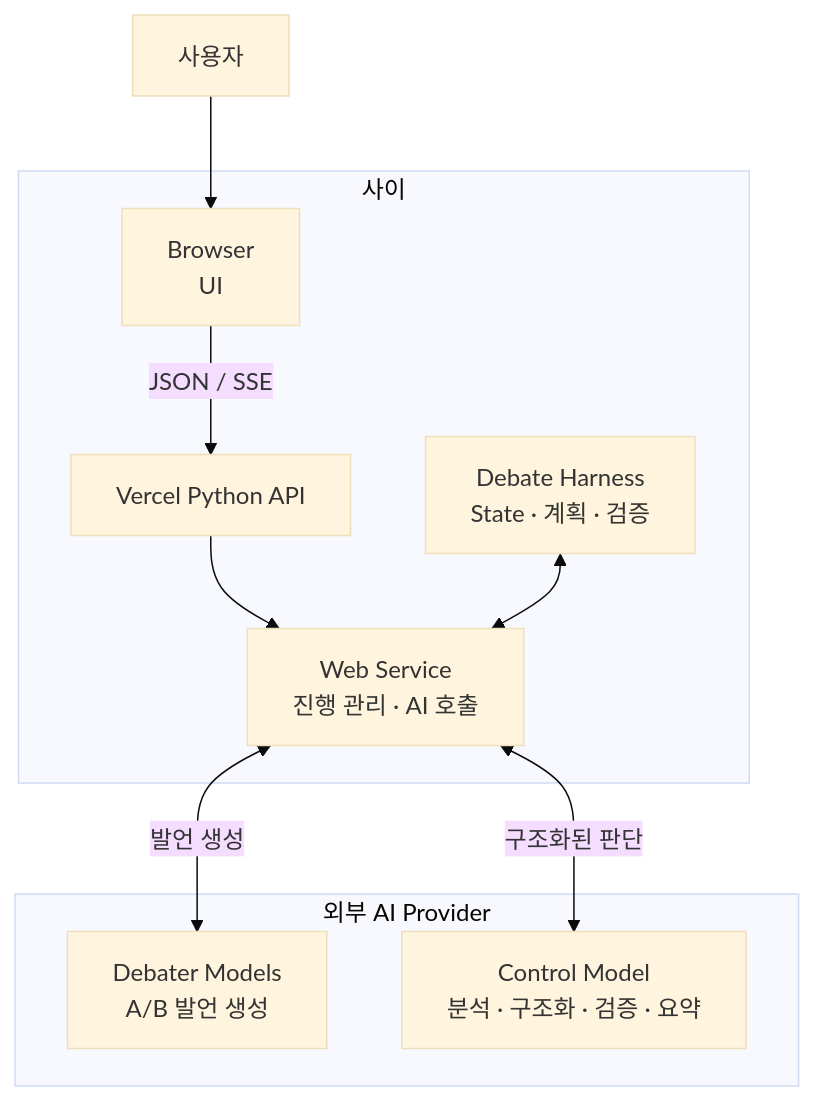
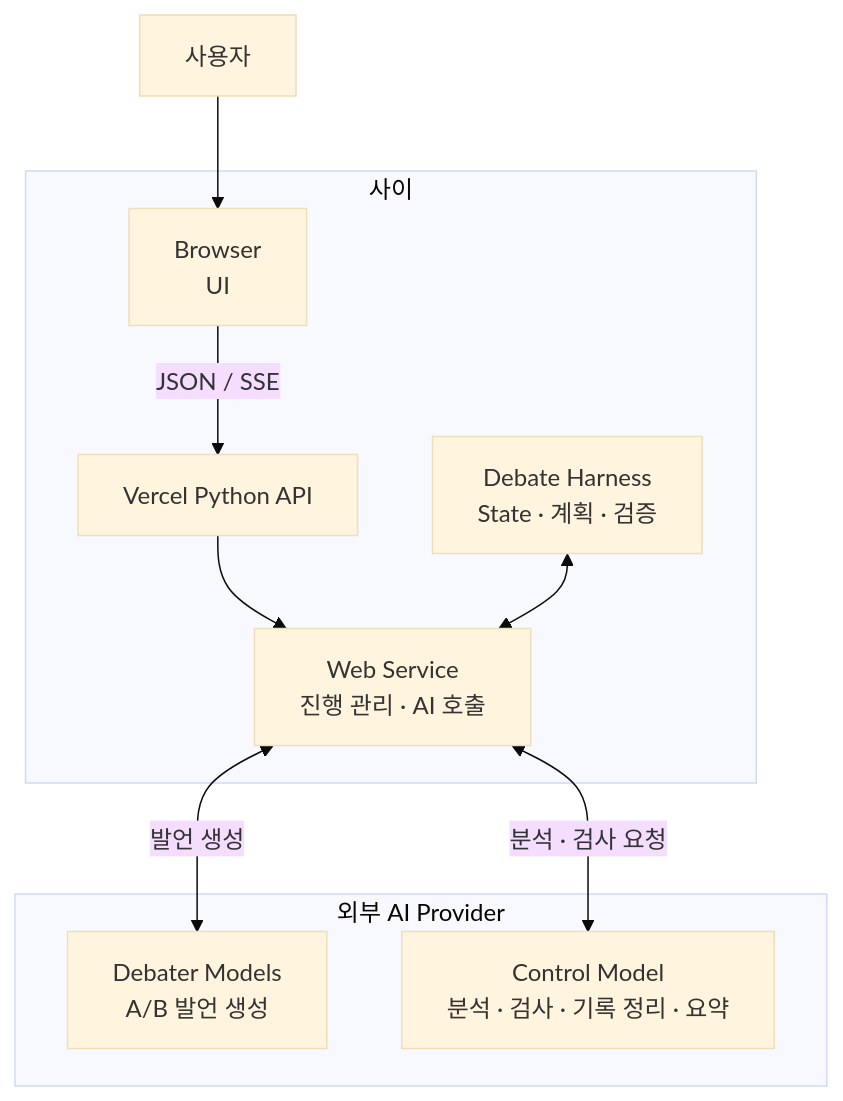
One commit to hodob/A1-3 changed the third of 5 diagrams in README.md. Above: the diagram before and after it, drawn with Mermaid (base theme). The commit also changed other lines of this file, not shown here.

```diff
--- a/README.md
+++ b/README.md
@@ -113,23 +113,23 @@
 ~~~mermaid
 flowchart TD
     U[사용자] --> B
 
     subgraph SAI[사이]
         B[Browser<br/>UI]
         API[Vercel Python API]
         H[Debate Harness<br/>State · 계획 · 검증]
         W[Web Service<br/>진행 관리 · AI 호출]
 
         B -->|JSON / SSE| API
         API --> W
         H <--> W
     end
 
     subgraph EXT[외부 AI Provider]
         D[Debater Models<br/>A/B 발언 생성]
-        C[Control Model<br/>분석 · 구조화 · 검증 · 요약]
+        C[Control Model<br/>분석 · 검사 · 기록 정리 · 요약]
     end
 
     W <-->|발언 생성| D
-    W <-->|구조화된 판단| C
+    W <-->|분석 · 검사 요청| C
 ~~~
```
